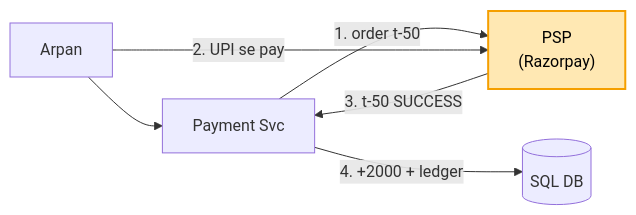
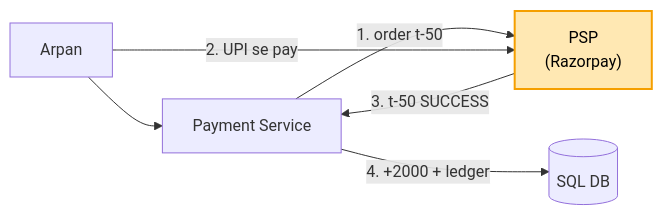
One commit to ArpanMaheshwari144/Prep changed the first of 6 diagrams in 04_HLD/SYSTEM_DESIGNS/06_payment_system/06_payment_system.md. Above: the diagram before and after it, drawn with Mermaid. The commit also changed other lines of this file and 8 other files, not shown here.

````diff
--- a/04_HLD/SYSTEM_DESIGNS/06_payment_system/06_payment_system.md
+++ b/04_HLD/SYSTEM_DESIGNS/06_payment_system/06_payment_system.md
@@ -74,9 +74,9 @@
 ```mermaid
 flowchart LR
-    U["Arpan"] --> S["Payment Svc"]
+    U["Arpan"] --> S["Payment Service"]
     S -- "1. order t-50" --> P["PSP<br/>(Razorpay)"]
     U -- "2. UPI se pay" --> P
     P -- "3. t-50 SUCCESS" --> S
     S -- "4. +2000 + ledger" --> D[("SQL DB")]
     style P fill:#ffe8b3,stroke:#f59f00,stroke-width:2px,color:#000
 ```
````
